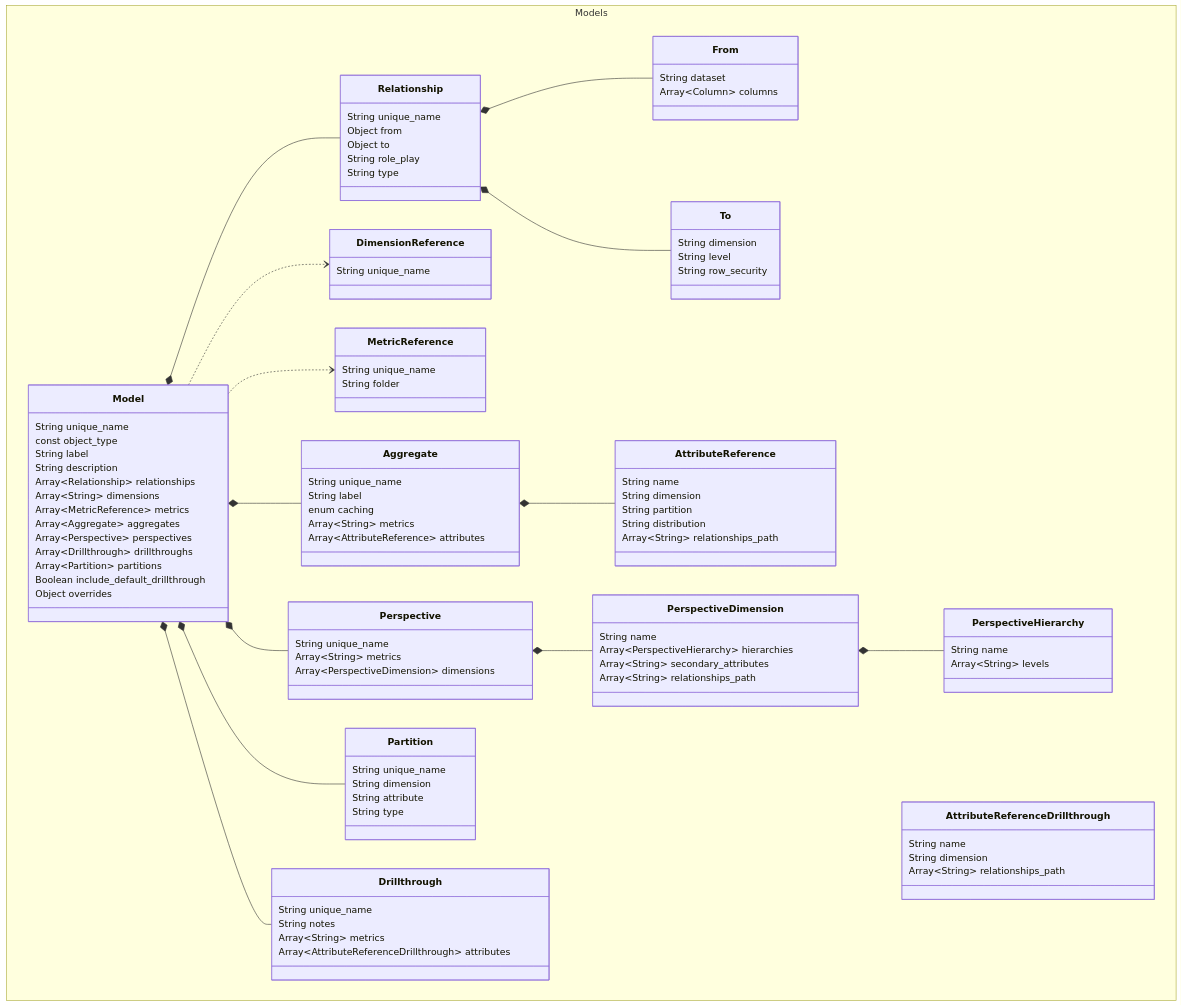
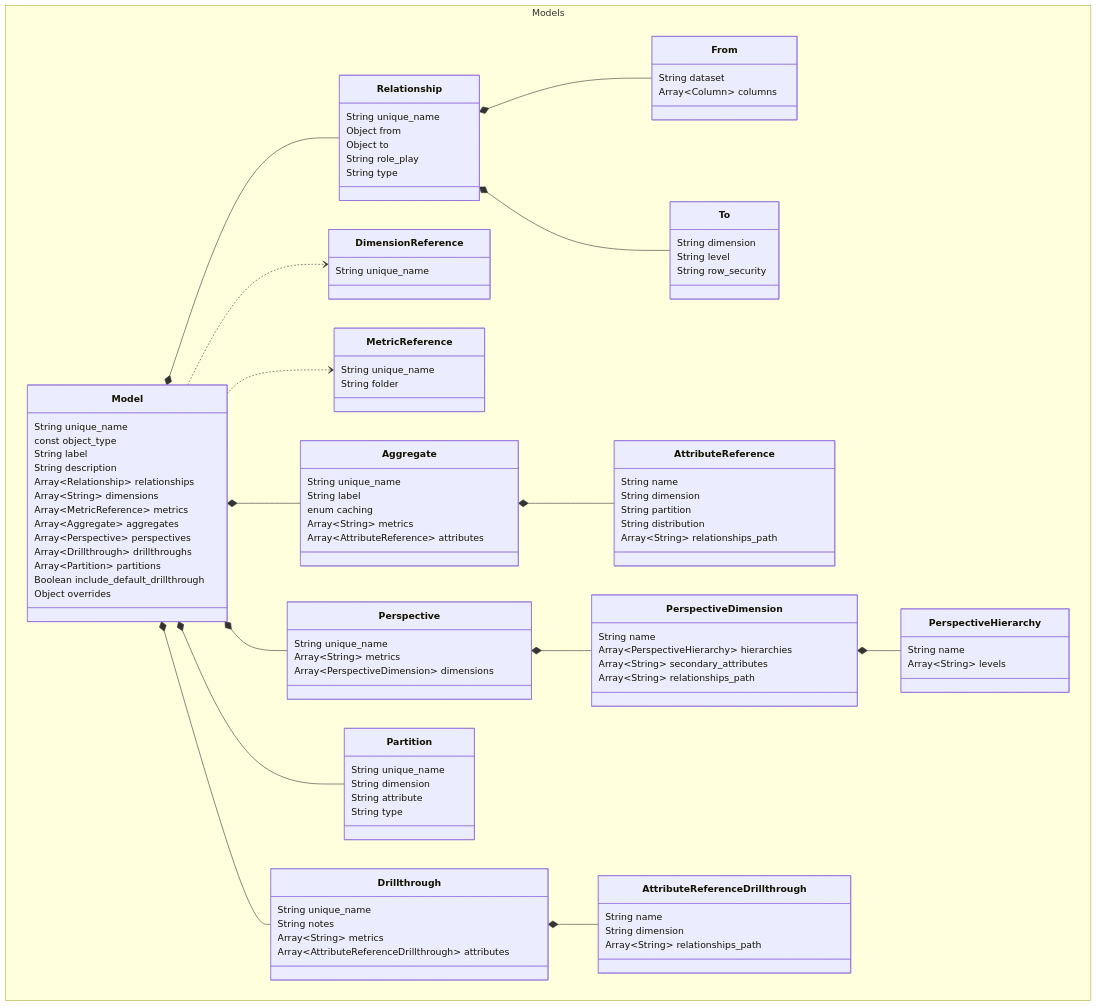
Before and after one commit to AlchemyTechLabsInc/SML: the diagram in sml-reference/model.md, drawn with Mermaid.

Commit message:
feat: add link to AttrRefDrillthrough

```diff
--- a/sml-reference/model.md
+++ b/sml-reference/model.md
@@ -195,6 +195,7 @@
     Aggregate *-- AttributeReference
     Perspective *-- PerspectiveDimension
     PerspectiveDimension *-- PerspectiveHierarchy
+    Drillthrough *-- AttributeReferenceDrillthrough
 namespace Models{
     class Model{
       String unique_name
```
